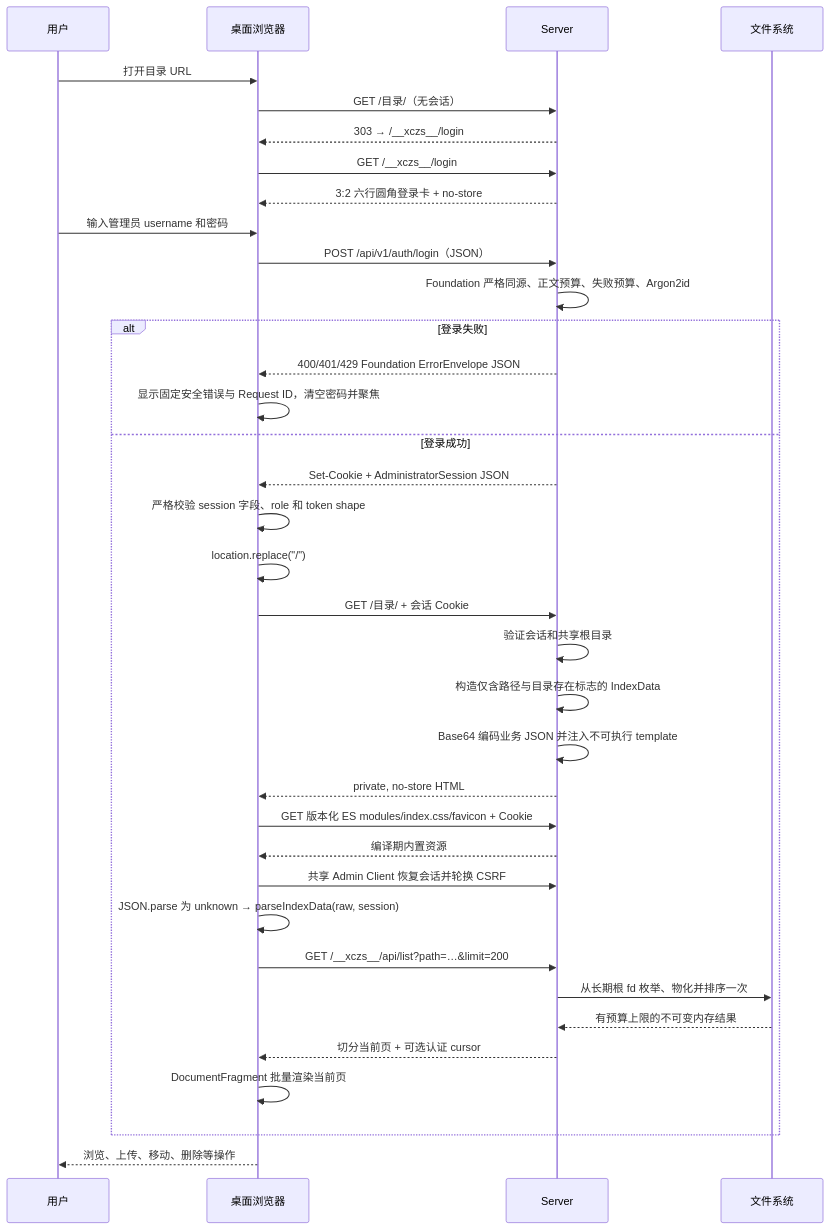
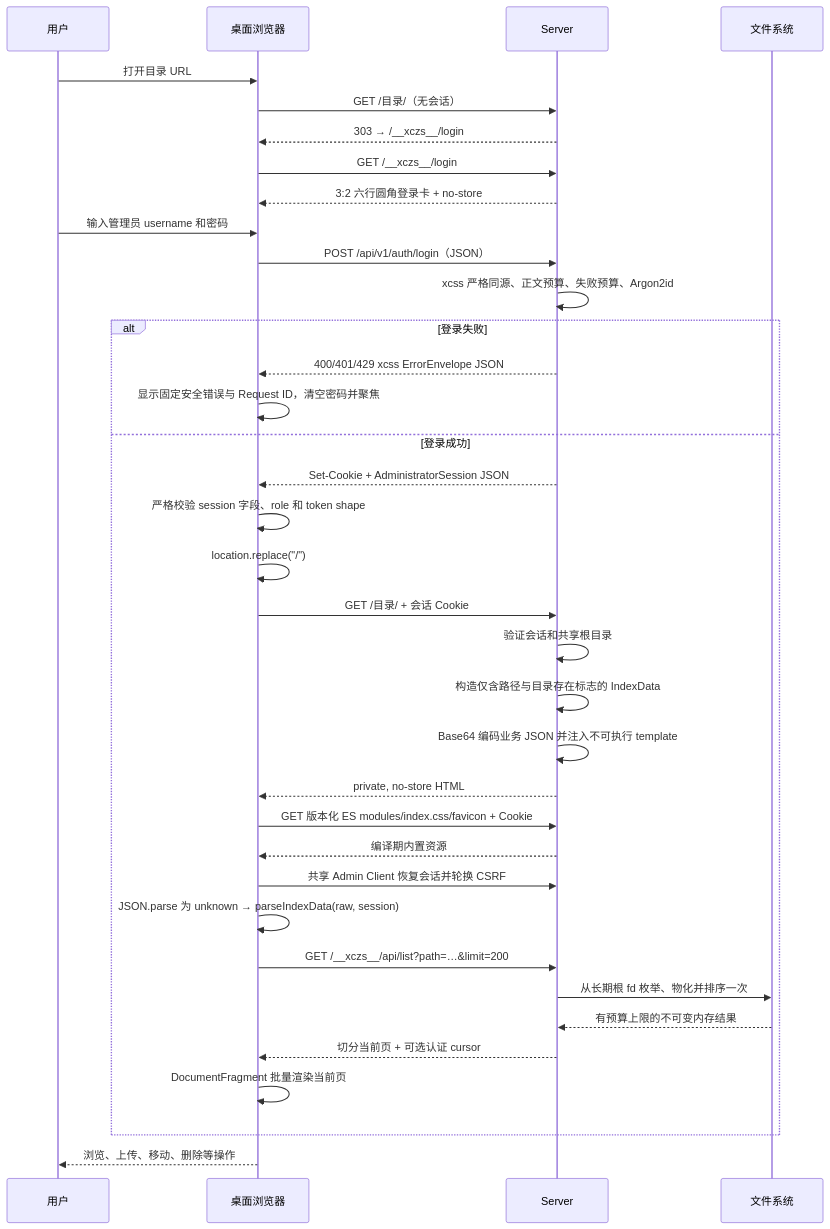
The second of 17 diagrams in docs/project-workflow.md (isarmg/dufs-ram-server), drawn with Mermaid before and after one commit. The commit also changed other lines of this file and 186 other files, not shown here.

````diff
--- a/docs/project-workflow.md
+++ b/docs/project-workflow.md
@@ -77,39 +77,39 @@
 ```mermaid
 sequenceDiagram
     participant U as 用户
     participant B as 桌面浏览器
     participant S as Server
     participant F as 文件系统
 
     U->>B: 打开目录 URL
     B->>S: GET /目录/（无会话）
     S-->>B: 303 → /__xczs__/login
     B->>S: GET /__xczs__/login
     S-->>B: 3:2 六行圆角登录卡 + no-store
     U->>B: 输入管理员 username 和密码
     B->>S: POST /api/v1/auth/login（JSON）
-    S->>S: Foundation 严格同源、正文预算、失败预算、Argon2id
+    S->>S: xcss 严格同源、正文预算、失败预算、Argon2id
     alt 登录失败
-        S-->>B: 400/401/429 Foundation ErrorEnvelope JSON
+        S-->>B: 400/401/429 xcss ErrorEnvelope JSON
         B->>B: 显示固定安全错误与 Request ID，清空密码并聚焦
     else 登录成功
         S-->>B: Set-Cookie + AdministratorSession JSON
         B->>B: 严格校验 session 字段、role 和 token shape
         B->>B: location.replace("/")
         B->>S: GET /目录/ + 会话 Cookie
         S->>S: 验证会话和共享根目录
         S->>S: 构造仅含路径与目录存在标志的 IndexData
         S->>S: Base64 编码业务 JSON 并注入不可执行 template
         S-->>B: private, no-store HTML
         B->>S: GET 版本化 ES modules/index.css/favicon + Cookie
         S-->>B: 编译期内置资源
         B->>S: 共享 Admin Client 恢复会话并轮换 CSRF
         B->>B: JSON.parse 为 unknown → parseIndexData(raw, session)
         B->>S: GET /__xczs__/api/list?path=…&limit=200
         S->>F: 从长期根 fd 枚举、物化并排序一次
         F-->>S: 有预算上限的不可变内存结果
         S-->>B: 切分当前页 + 可选认证 cursor
         B->>B: DocumentFragment 批量渲染当前页
     end
     B-->>U: 浏览、上传、移动、删除等操作
 ```
````
